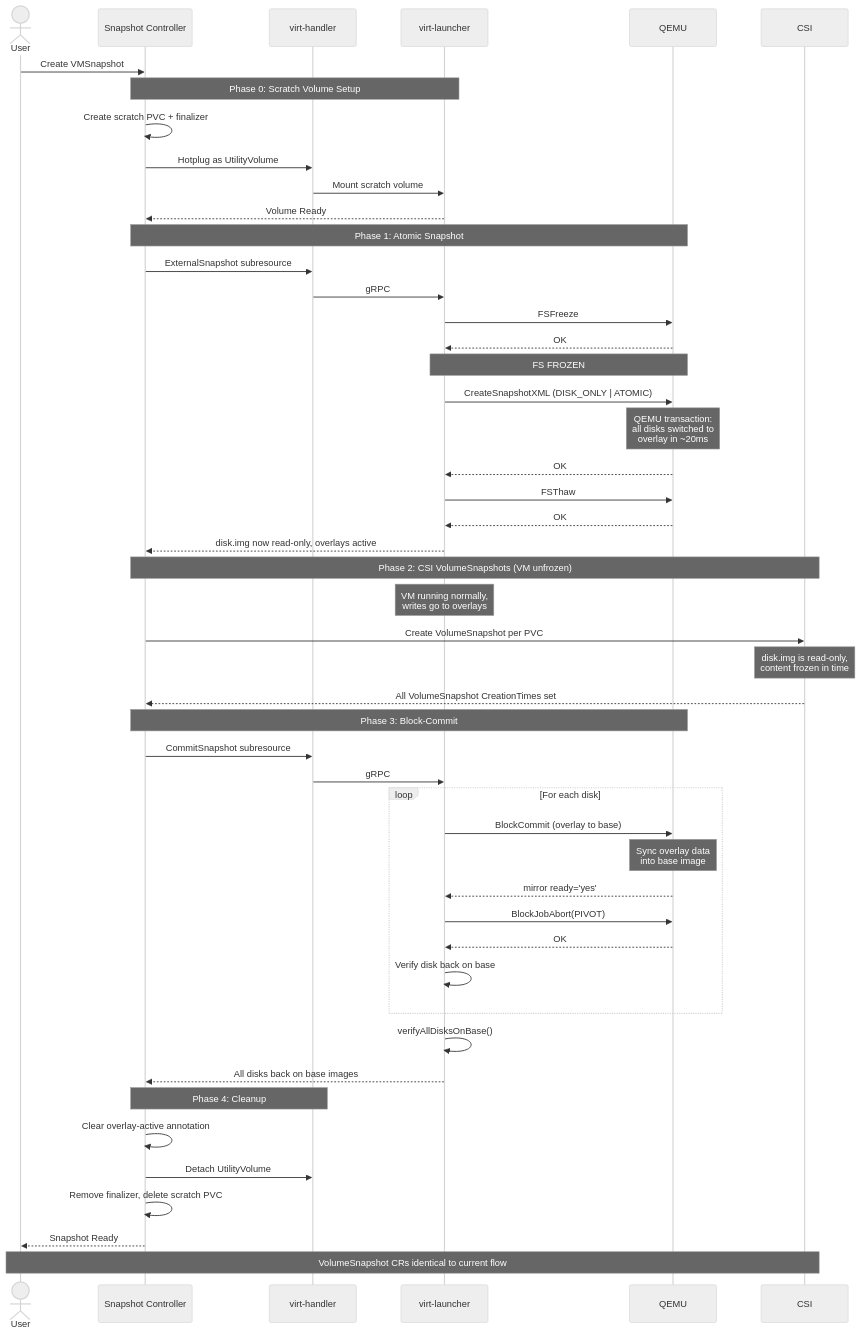
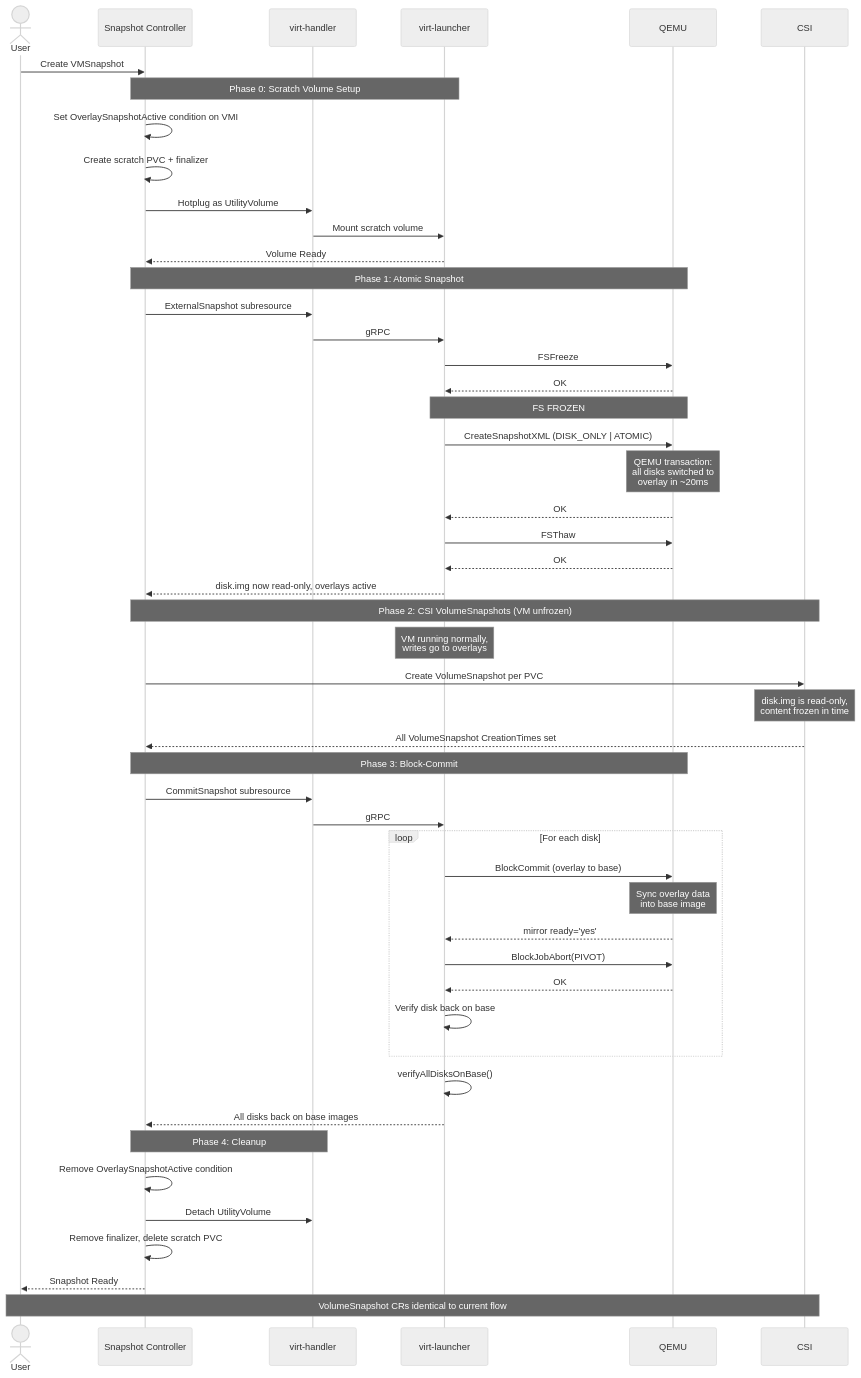
Before and after one commit to kubevirt/enhancements: the diagram in veps/sig-storage/321-online-vmsnapshot-qemu-external-snapshots.md, drawn with Mermaid (neutral theme). The commit also changed other lines of this file, not shown here.

````diff
--- a/veps/sig-storage/321-online-vmsnapshot-qemu-external-snapshots.md
+++ b/veps/sig-storage/321-online-vmsnapshot-qemu-external-snapshots.md
@@ -265,60 +272,61 @@
 ```mermaid
 sequenceDiagram
     actor User
     participant SC as Snapshot Controller
     participant VH as virt-handler
     participant VL as virt-launcher
     participant QEMU
     participant CSI
 
     User->>SC: Create VMSnapshot
 
     Note over SC,VL: Phase 0: Scratch Volume Setup
+    SC->>SC: Set OverlaySnapshotActive condition on VMI
     SC->>SC: Create scratch PVC + finalizer
     SC->>VH: Hotplug as UtilityVolume
     VH->>VL: Mount scratch volume
     VL-->>SC: Volume Ready
 
     Note over SC,QEMU: Phase 1: Atomic Snapshot
     SC->>VH: ExternalSnapshot subresource
     VH->>VL: gRPC
     VL->>QEMU: FSFreeze
     QEMU-->>VL: OK
     Note over VL,QEMU: FS FROZEN
     VL->>QEMU: CreateSnapshotXML (DISK_ONLY | ATOMIC)
     Note over QEMU: QEMU transaction:<br/>all disks switched to<br/>overlay in ~20ms
     QEMU-->>VL: OK
     VL->>QEMU: FSThaw
     QEMU-->>VL: OK
     VL-->>SC: disk.img now read-only, overlays active
 
     Note over SC,CSI: Phase 2: CSI VolumeSnapshots (VM unfrozen)
     Note over VL: VM running normally,<br/>writes go to overlays
     SC->>CSI: Create VolumeSnapshot per PVC
     Note over CSI: disk.img is read-only,<br/>content frozen in time
     CSI-->>SC: All VolumeSnapshot CreationTimes set
 
     Note over SC,QEMU: Phase 3: Block-Commit
     SC->>VH: CommitSnapshot subresource
     VH->>VL: gRPC
 
     loop For each disk
         VL->>QEMU: BlockCommit (overlay to base)
         Note over QEMU: Sync overlay data<br/>into base image
         QEMU-->>VL: mirror ready='yes'
         VL->>QEMU: BlockJobAbort(PIVOT)
         QEMU-->>VL: OK
         VL->>VL: Verify disk back on base
     end
 
     VL->>VL: verifyAllDisksOnBase()
     VL-->>SC: All disks back on base images
 
     Note over SC,VH: Phase 4: Cleanup
-    SC->>SC: Clear overlay-active annotation
+    SC->>SC: Remove OverlaySnapshotActive condition
     SC->>VH: Detach UtilityVolume
     SC->>SC: Remove finalizer, delete scratch PVC
 
     SC-->>User: Snapshot Ready
     Note over User,CSI: VolumeSnapshot CRs identical to current flow
 ```
````
